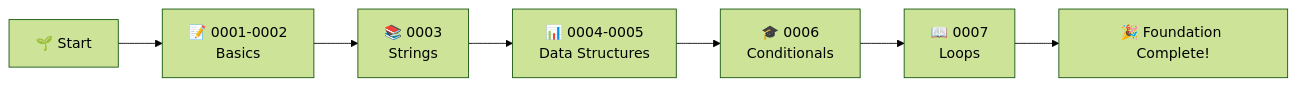
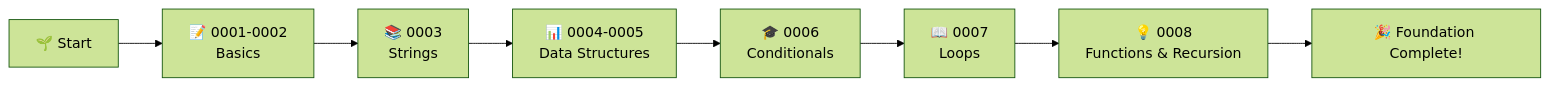
The diagram in readme.md (ranichandnirani/Complete-Python), drawn with Mermaid (forest theme) before and after one commit. The commit also changed other lines of this file, not shown here.

````diff
--- a/readme.md
+++ b/readme.md
@@ -182,9 +195,10 @@
 ```mermaid
 graph LR
     A[🌱 Start] --> B[📝 0001-0002<br/>Basics]
     B --> C[📚 0003<br/>Strings]
     C --> D[📊 0004-0005<br/>Data Structures]
     D --> E[🎓 0006<br/>Conditionals]
     E --> F[📖 0007<br/>Loops]
-    F --> G[🎉 Foundation Complete!]
+    F --> G[💡 0008<br/>Functions & Recursion]
+    G --> H[🎉 Foundation Complete!]
 ```
````
